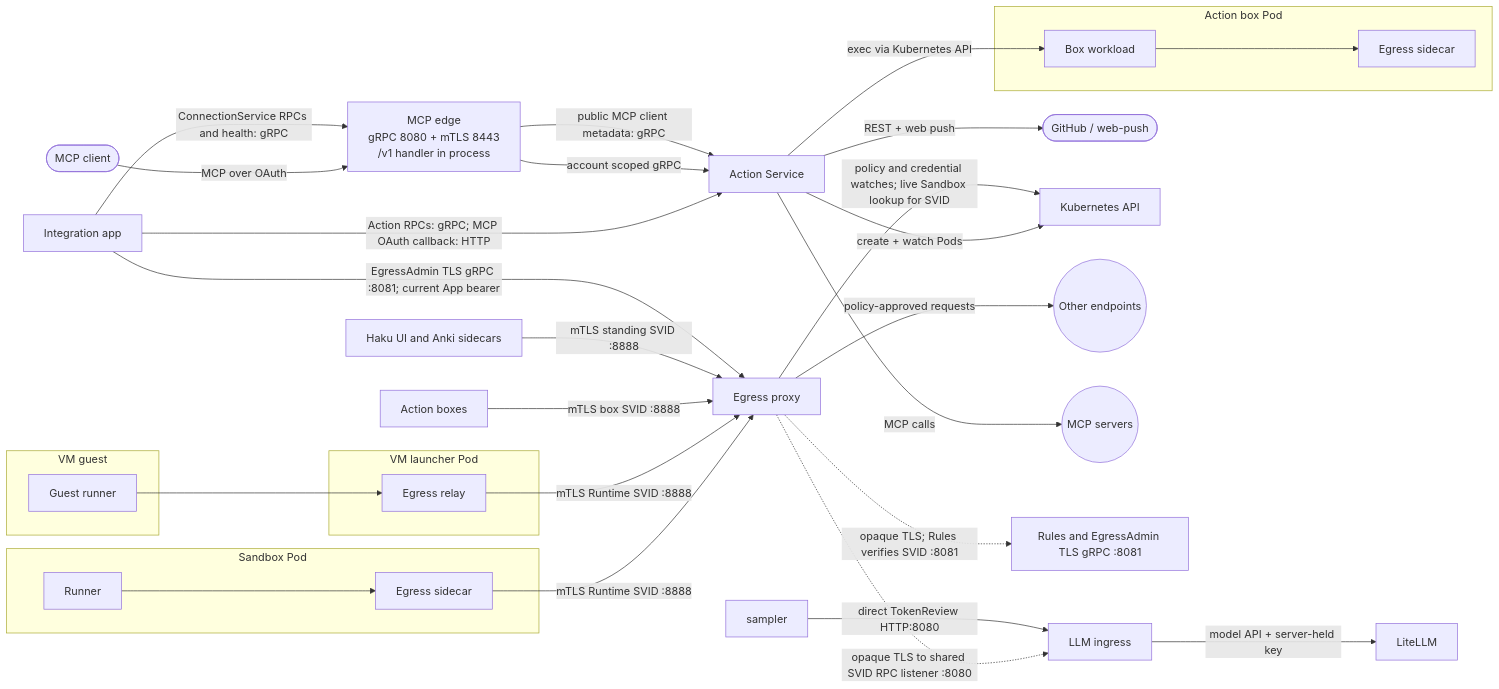
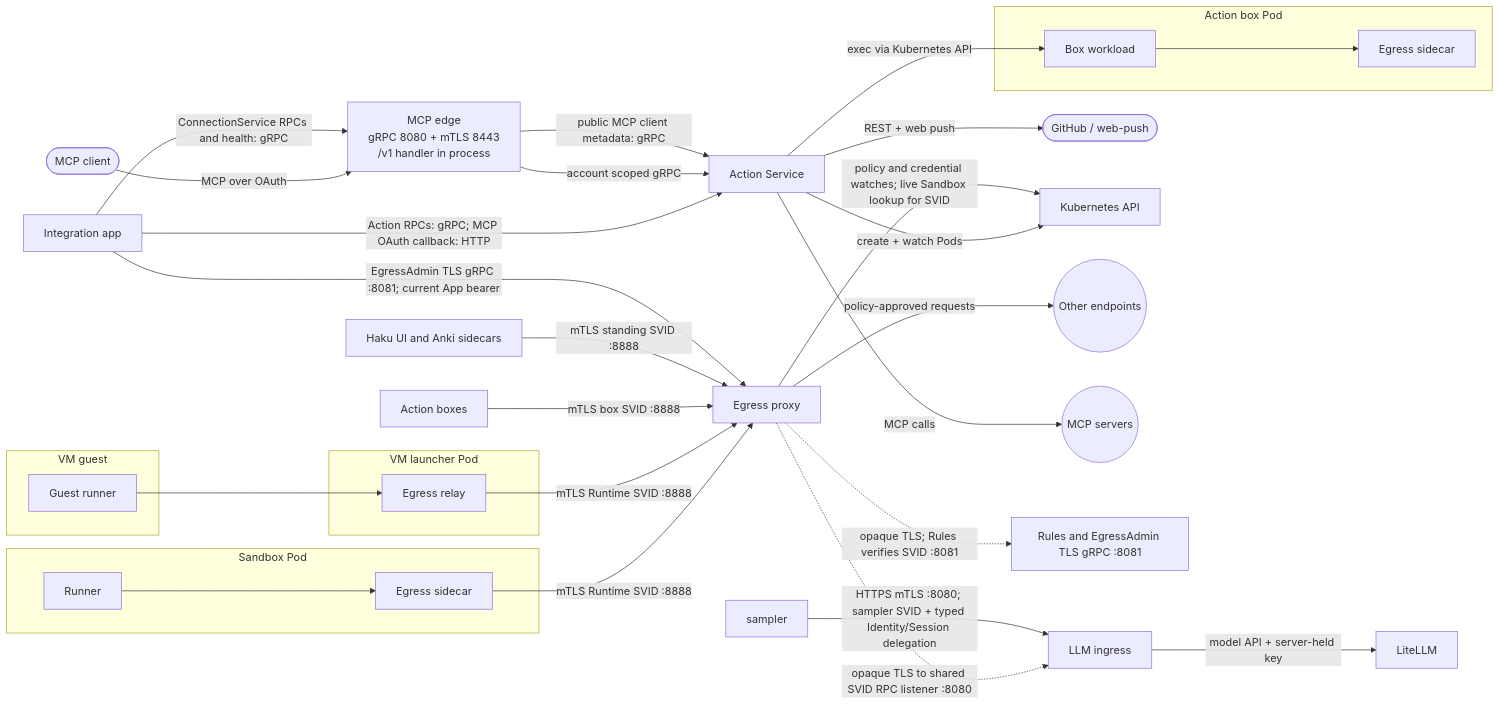
Before and after one commit to agentydragon/ducktape: diagram 12 of 18 in agentplane/docs/system_overview.md, drawn with Mermaid. The commit also changed other lines of this file and 5 other files, not shown here.

Commit message:
Switch sampler LLM ingress calls to service SVID delegation

````diff
--- a/agentplane/docs/system_overview.md
+++ b/agentplane/docs/system_overview.md
@@ -670,50 +672,50 @@
 ```mermaid
 flowchart LR
     mcp_client([MCP client])
     github([GitHub / web-push])
     app[Integration app]
     actions[Action Service]
     edge["MCP edge<br/>gRPC 8080 + mTLS 8443<br/>/v1 handler in process"]
     k8s[Kubernetes API]
     subgraph box[Action box Pod]
         workload[Box workload]
         box_sidecar[Egress sidecar]
     end
     subgraph sandbox[Sandbox Pod]
         runner[Runner]
         sidecar[Egress sidecar]
     end
     subgraph vm_guest[VM guest]
         guest[Guest runner]
     end
     subgraph vm_pod[VM launcher Pod]
         relay[Egress relay]
     end
     egress[Egress proxy]
     llm[LLM ingress]
     litellm[LiteLLM]
     other((Other endpoints))
     mcp_servers((MCP servers))
 
     mcp_client -->|MCP over OAuth| edge
     app -->|Action RPCs: gRPC; MCP OAuth callback: HTTP| actions
     app -->|ConnectionService RPCs and health: gRPC| edge
     edge -->|account scoped gRPC| actions
     edge -->|public MCP client metadata: gRPC| actions
     actions -->|create + watch Pods| k8s
     actions -->|exec via Kubernetes API| workload
     workload --> box_sidecar
     runner --> sidecar -->|mTLS Runtime SVID :8888| egress
     guest --> relay -->|mTLS Runtime SVID :8888| egress
     nonSandbox[Action boxes] -->|mTLS box SVID :8888| egress
     standing[Haku UI and Anki sidecars] -->|mTLS standing SVID :8888| egress
     app -->|EgressAdmin TLS gRPC :8081; current App bearer| egress
     egress -->|policy and credential watches; live Sandbox lookup for SVID| k8s
     egress -->|policy-approved requests| other
     egress -.->|opaque TLS; Rules verifies SVID :8081| rules[Rules and EgressAdmin TLS gRPC :8081]
     egress -.->|opaque TLS to shared SVID RPC listener :8080| llm
-    sampler -->|direct TokenReview HTTP:8080| llm
+    sampler -->|HTTPS mTLS :8080; sampler SVID + typed Identity/Session delegation| llm
     llm -->|model API + server-held key| litellm
     actions -->|MCP calls| mcp_servers
     actions -->|REST + web push| github
 ```
````
